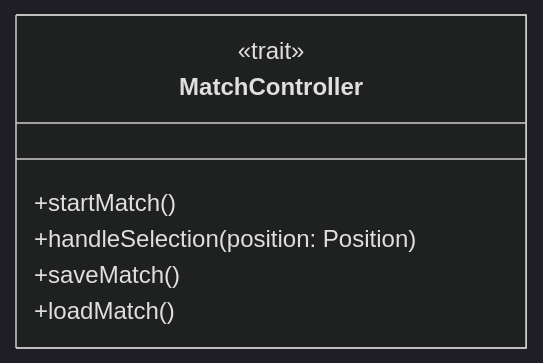
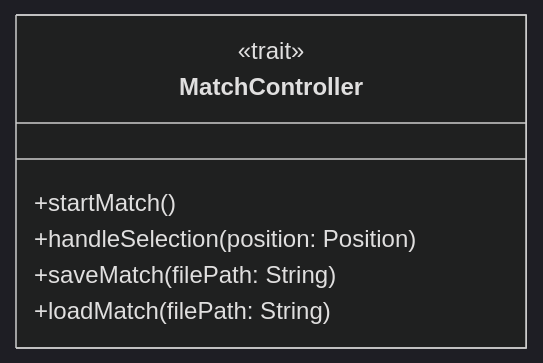
One commit to Borgotto/PPS-25-scalatello changed the tenth of 11 diagrams in docs/report/5-detailed-design.md. Above: the diagram before and after it, drawn with Mermaid (dark theme). The commit also changed 1 other file, not shown here.

Commit message:
Refactor: MatchController design
- add parameter to saveMatch() and loadMatch()

````diff
--- a/docs/report/5-detailed-design.md
+++ b/docs/report/5-detailed-design.md
@@ -244,10 +244,10 @@
 ```mermaid
 classDiagram
   class MatchController {
     <<trait>>
     +startMatch()
     +handleSelection(position: Position)
-    +saveMatch()
-    +loadMatch()
+    +saveMatch(filePath: String)
+    +loadMatch(filePath: String)
   }
 ```
````
